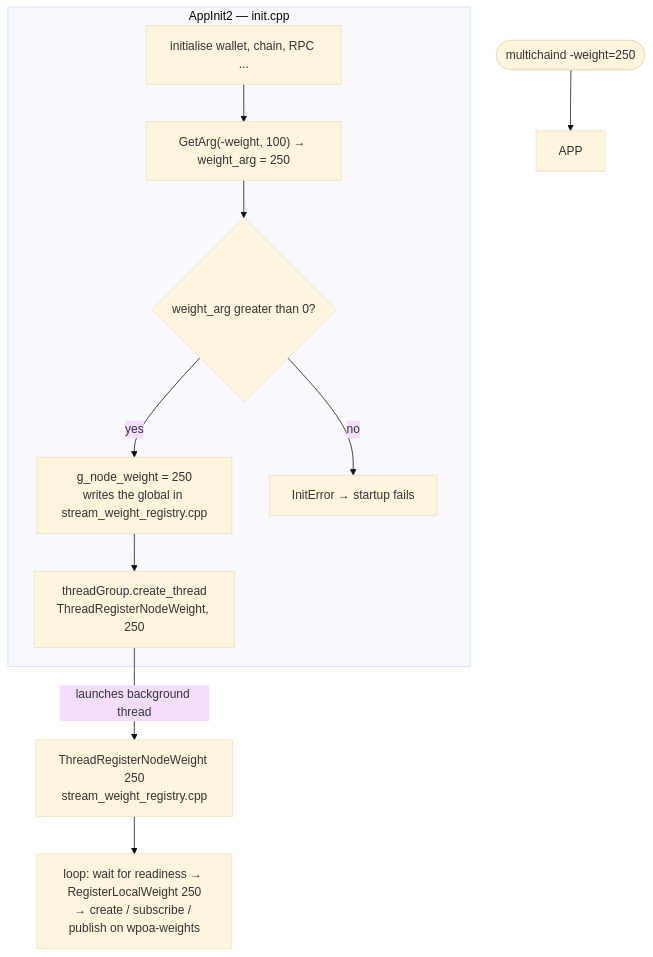
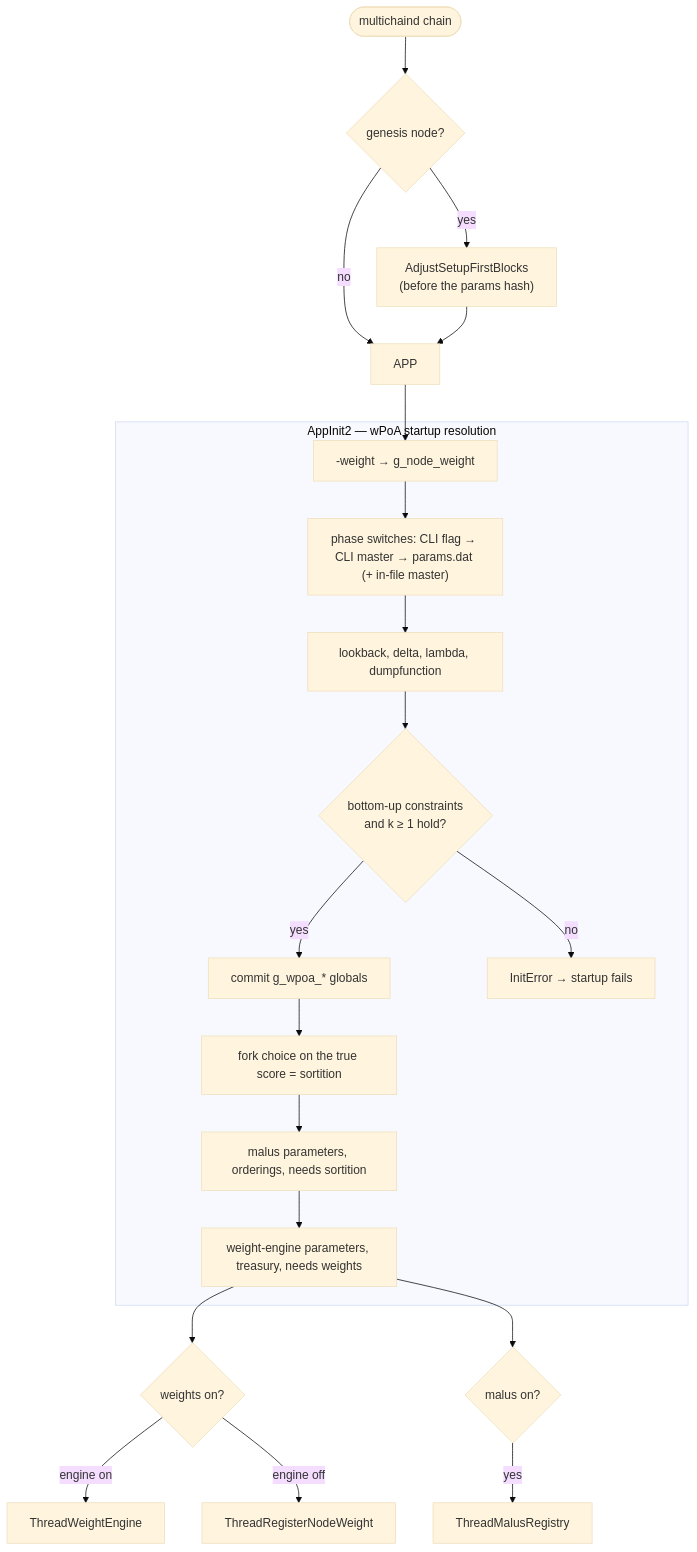
The diagram in docs/node-startup.md (FeMattu/multichain), drawn with Mermaid (base theme) before and after one commit. The commit also changed other lines of this file and 44 other files, not shown here.

````diff
--- a/docs/node-startup.md
+++ b/docs/node-startup.md
@@ -496,18 +253,28 @@
 ```mermaid
 flowchart TD
-    START([multichaind -weight=250]) --> APP
+    START([multichaind chain]) --> GEN{genesis node?}
+    GEN -->|yes| ADJ["AdjustSetupFirstBlocks<br/>(before the params hash)"]
+    GEN -->|no| APP
+    ADJ --> APP
 
-    subgraph app [AppInit2 — init.cpp]
-        INIT1[initialise wallet, chain, RPC ...]
-        GETARG["GetArg(-weight, 100) → weight_arg = 250"]
-        VAL{weight_arg greater than 0?}
-        SETG[g_node_weight = 250<br/>writes the global in stream_weight_registry.cpp]
-        LAUNCH[threadGroup.create_thread<br/>ThreadRegisterNodeWeight, 250]
-        INIT1 --> GETARG --> VAL
-        VAL -->|no| ERR[InitError → startup fails]
-        VAL -->|yes| SETG --> LAUNCH
+    subgraph app [AppInit2 — wPoA startup resolution]
+        W["-weight → g_node_weight"]
+        RES["phase switches: CLI flag → CLI master → params.dat (+ in-file master)"]
+        NUM["lookback, delta, lambda, dumpfunction"]
+        DEP{bottom-up constraints<br/>and k ≥ 1 hold?}
+        COM["commit g_wpoa_* globals"]
+        FS["fork choice on the true score = sortition"]
+        MAL["malus parameters, orderings, needs sortition"]
+        WE["weight-engine parameters, treasury, needs weights"]
+        W --> RES --> NUM --> DEP
+        DEP -->|no| ERR[InitError → startup fails]
+        DEP -->|yes| COM --> FS --> MAL --> WE
     end
 
-    LAUNCH -->|launches background thread| THREAD[ThreadRegisterNodeWeight 250<br/>stream_weight_registry.cpp]
-    THREAD --> LOOP[loop: wait for readiness → RegisterLocalWeight 250<br/>→ create / subscribe / publish on wpoa-weights]
+    APP --> W
+    WE --> T{weights on?}
+    T -->|engine on| TWE[ThreadWeightEngine]
+    T -->|engine off| TRW[ThreadRegisterNodeWeight]
+    WE --> TM{malus on?}
+    TM -->|yes| TMR[ThreadMalusRegistry]
 ```
````
